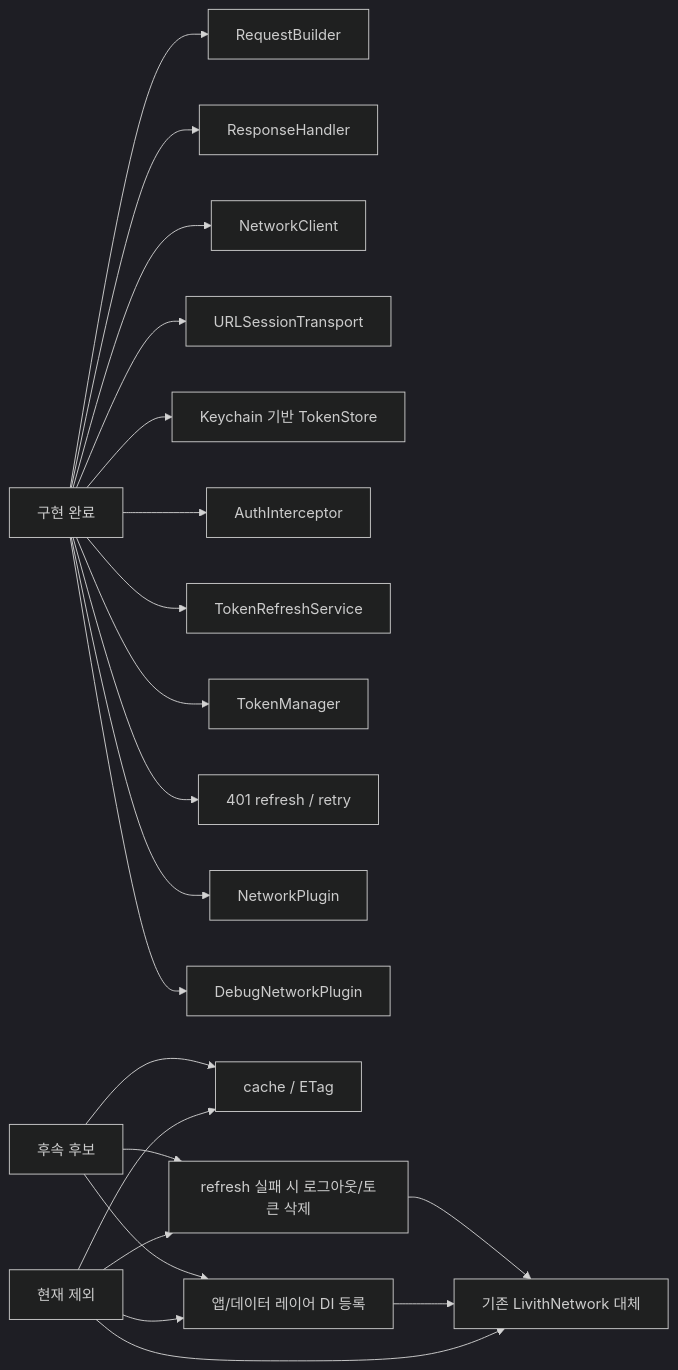
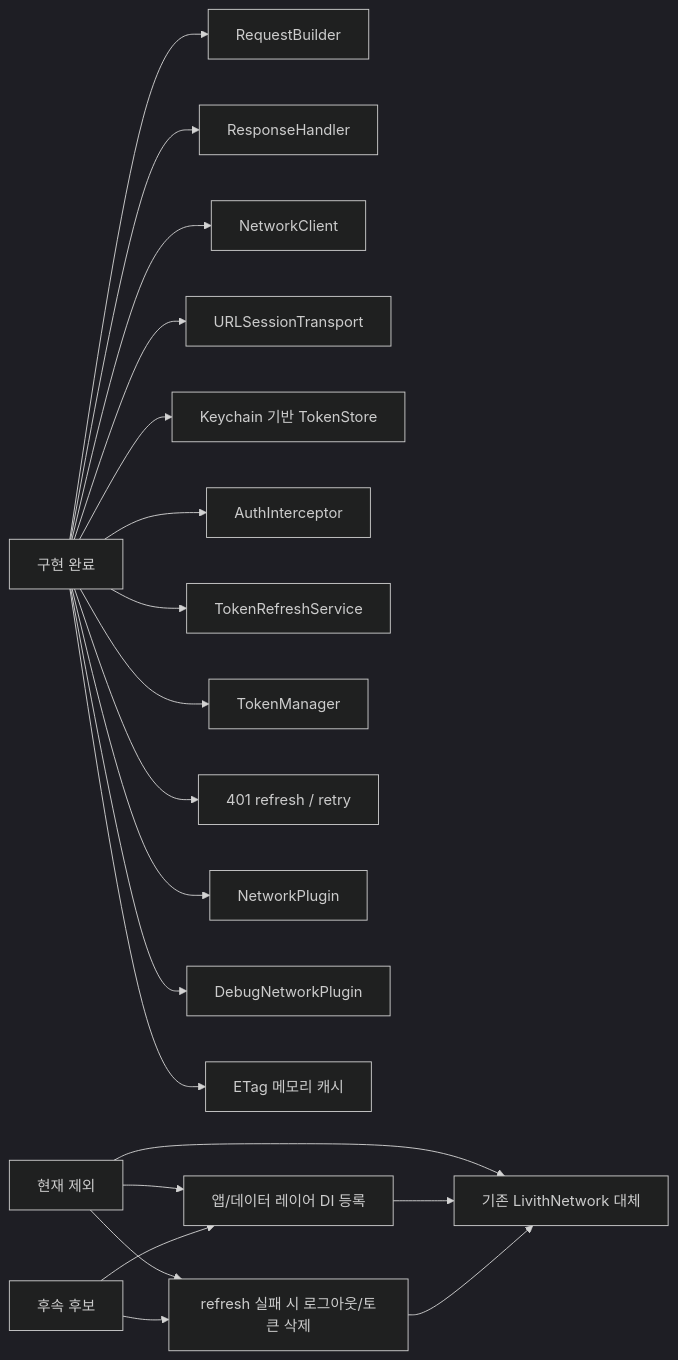
Before and after one commit to mediunn/Livith-iOS: the first of 8 diagrams in Projects/LivithNetworking/README.md, drawn with Mermaid (dark theme). The commit also changed other lines of this file and 13 other files, not shown here.

First line of the commit message:
[Feat] LIVD-399 - ETag 기반 메모리 캐시 시스템 구현

````diff
--- a/Projects/LivithNetworking/README.md
+++ b/Projects/LivithNetworking/README.md
@@ -7,29 +7,28 @@
 ```mermaid
 flowchart LR
     Done[구현 완료]
     Out[현재 제외]
     Next[후속 후보]
 
     Done --> Request[RequestBuilder]
     Done --> Response[ResponseHandler]
     Done --> Client[NetworkClient]
     Done --> Transport[URLSessionTransport]
     Done --> TokenStore[Keychain 기반 TokenStore]
     Done --> Interceptor[AuthInterceptor]
     Done --> RefreshService[TokenRefreshService]
     Done --> TokenManager[TokenManager]
     Done --> Retry[401 refresh / retry]
     Done --> Plugin[NetworkPlugin]
     Done --> DebugPlugin[DebugNetworkPlugin]
+    Done --> Cache[ETag 메모리 캐시]
 
-    Out --> Cache[cache / ETag]
     Out --> Logout[refresh 실패 시 로그아웃/토큰 삭제]
     Out --> DI[앱/데이터 레이어 DI 등록]
     Out --> Migration[기존 LivithNetwork 대체]
 
     Next --> DI
     Next --> Logout
-    Next --> Cache
     DI --> Migration
     Logout --> Migration
 ```
````
